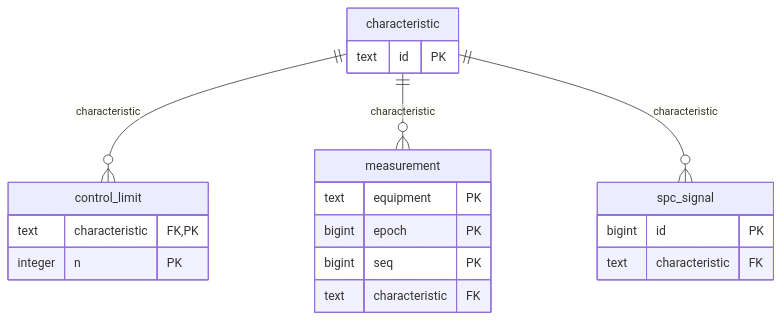
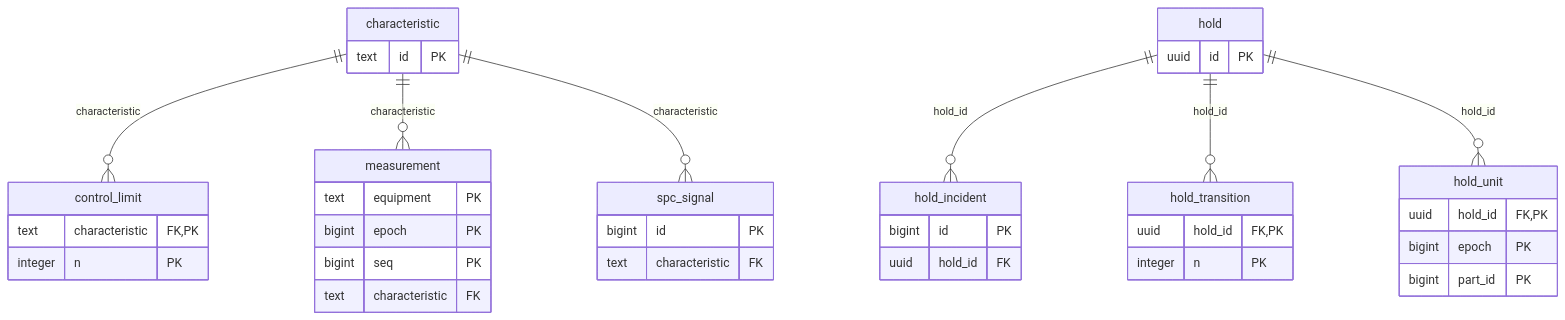
Before and after one commit to kubilayture/shopfloor-twin: the eighth of 8 diagrams in docs/data-model.md, drawn with Mermaid. The commit also changed other lines of this file and 45 other files, not shown here.

````diff
--- a/docs/data-model.md
+++ b/docs/data-model.md
@@ -418,23 +426,42 @@
 ```mermaid
 erDiagram
   characteristic {
     text id PK
   }
   control_limit {
     text characteristic FK, PK
     integer n PK
+  }
+  hold {
+    uuid id PK
+  }
+  hold_incident {
+    bigint id PK
+    uuid hold_id FK
+  }
+  hold_transition {
+    uuid hold_id FK, PK
+    integer n PK
+  }
+  hold_unit {
+    uuid hold_id FK, PK
+    bigint epoch PK
+    bigint part_id PK
   }
   measurement {
     text equipment PK
     bigint epoch PK
     bigint seq PK
     text characteristic FK
   }
   spc_signal {
     bigint id PK
     text characteristic FK
   }
   characteristic ||--o{ control_limit : "characteristic"
+  hold ||--o{ hold_incident : "hold_id"
+  hold ||--o{ hold_transition : "hold_id"
+  hold ||--o{ hold_unit : "hold_id"
   characteristic ||--o{ measurement : "characteristic"
   characteristic ||--o{ spc_signal : "characteristic"
 ```
````
